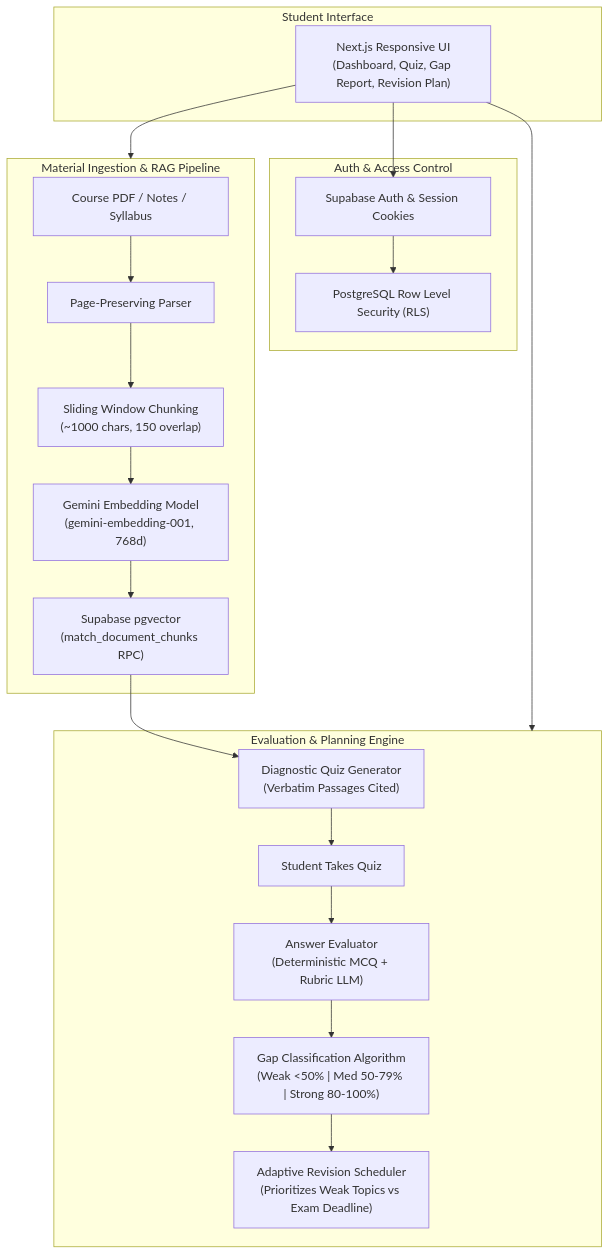
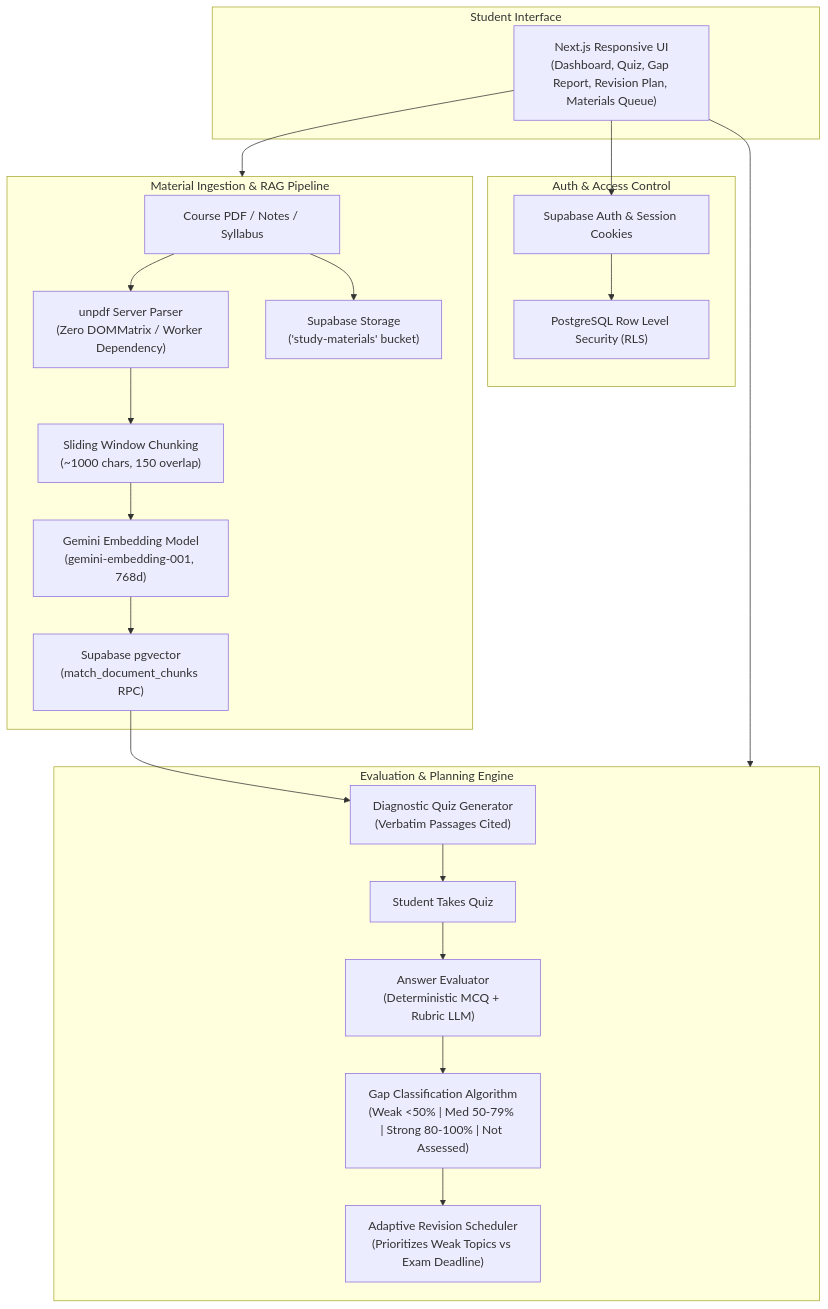
Before and after one commit to Hsv1357/gapfinder-ai: the diagram in README.md, drawn with Mermaid. The commit also changed other lines of this file and 10 other files, not shown here.

Commit message:
fix: unpdf server-side parsing without DOMMatrix or fake worker errors, manual subject creation, and distinct categories

````diff
--- a/README.md
+++ b/README.md
@@ -55,31 +57,32 @@
 ```mermaid
 flowchart TD
     subgraph Client["Student Interface"]
-        UI["Next.js Responsive UI\n(Dashboard, Quiz, Gap Report, Revision Plan)"]
+        UI["Next.js Responsive UI\n(Dashboard, Quiz, Gap Report, Revision Plan, Materials Queue)"]
     end
 
     subgraph AuthSecurity["Auth & Access Control"]
         Auth["Supabase Auth & Session Cookies"]
         RLS["PostgreSQL Row Level Security (RLS)"]
     end
 
     subgraph IngestionRAG["Material Ingestion & RAG Pipeline"]
-        PDF["Course PDF / Notes / Syllabus"] --> Parser["Page-Preserving Parser"]
+        PDF["Course PDF / Notes / Syllabus"] --> Parser["unpdf Server Parser\n(Zero DOMMatrix / Worker Dependency)"]
         Parser --> Chunking["Sliding Window Chunking\n(~1000 chars, 150 overlap)"]
         Chunking --> Embedder["Gemini Embedding Model\n(gemini-embedding-001, 768d)"]
         Embedder --> PGVector["Supabase pgvector\n(match_document_chunks RPC)"]
+        PDF --> Storage["Supabase Storage\n('study-materials' bucket)"]
     end
 
     subgraph Diagnostics["Evaluation & Planning Engine"]
         PGVector --> Generator["Diagnostic Quiz Generator\n(Verbatim Passages Cited)"]
         Generator --> Examiner["Student Takes Quiz"]
         Examiner --> Evaluator["Answer Evaluator\n(Deterministic MCQ + Rubric LLM)"]
-        Evaluator --> GapClassifier["Gap Classification Algorithm\n(Weak <50% | Med 50-79% | Strong 80-100%)"]
+        Evaluator --> GapClassifier["Gap Classification Algorithm\n(Weak <50% | Med 50-79% | Strong 80-100% | Not Assessed)"]
         GapClassifier --> Scheduler["Adaptive Revision Scheduler\n(Prioritizes Weak Topics vs Exam Deadline)"]
     end
 
     UI --> Auth
     Auth --> RLS
     UI --> Diagnostics
     UI --> IngestionRAG
 ```
````
